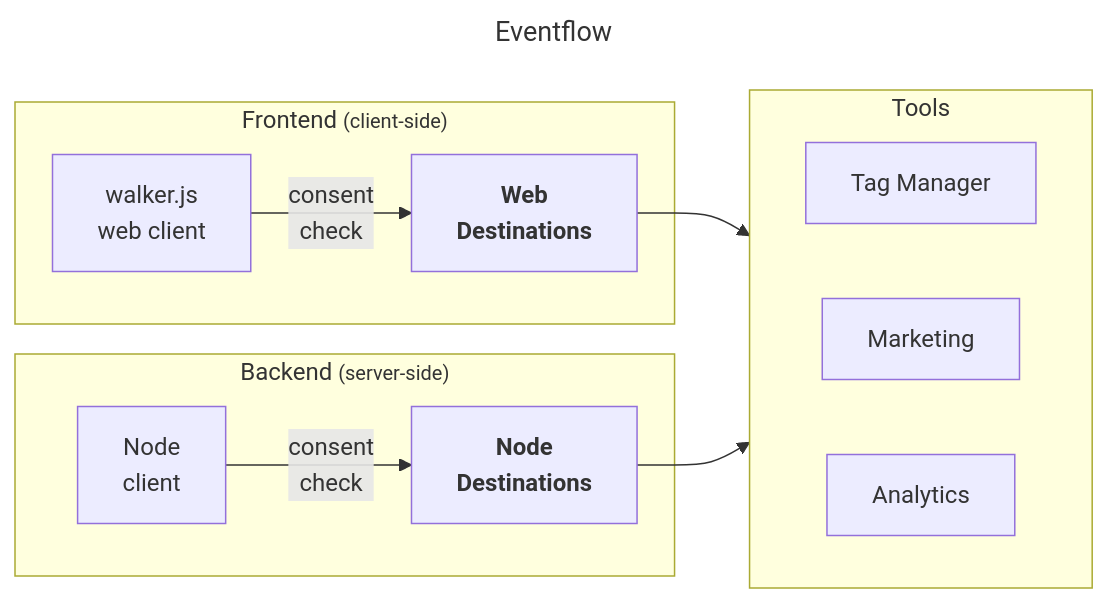
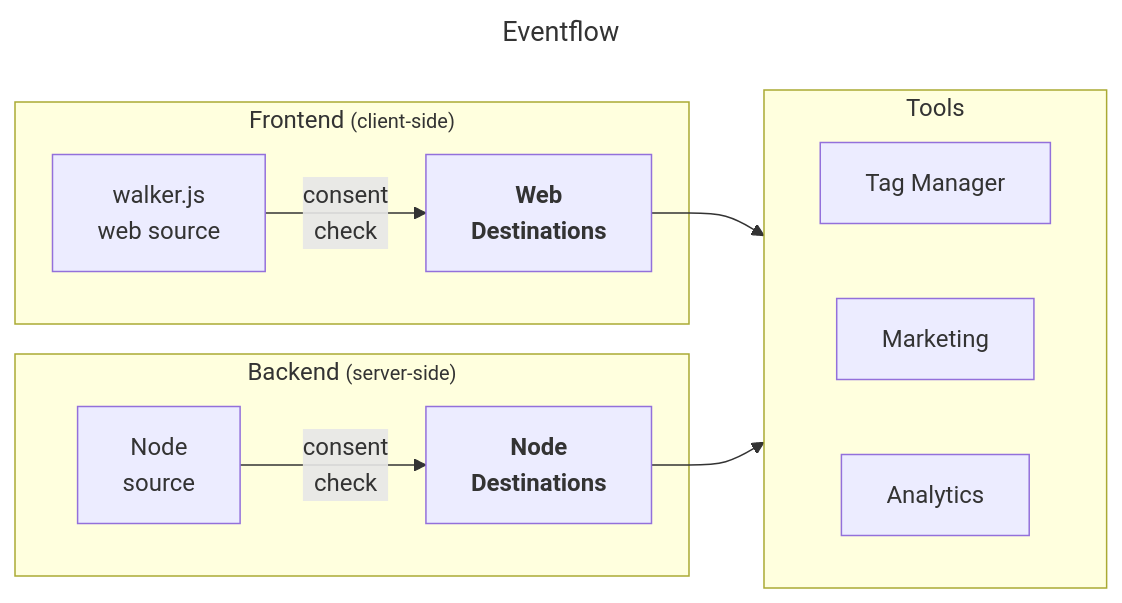
Before and after one commit to elbwalker/walkerOS: the diagram in website/docs/destinations/index.mdx, drawn with Mermaid. The commit also changed other lines of this file and 17 other files, not shown here.

Commit message:
client to source

````diff
--- a/website/docs/destinations/index.mdx
+++ b/website/docs/destinations/index.mdx
@@ -37,28 +37,28 @@
 ```mermaid
 ---
 title: Eventflow
 ---
 flowchart LR
   subgraph frontend["Frontend <small>(client-side)</small>"]
-    webC["walker.js<br>web client"]
+    webC["walker.js<br>web source"]
     webD["<b>Web<br>Destinations</b>"]
     webC -- consent<br>check --> webD
   end
   subgraph backend["Backend <small>(server-side)</small>"]
-    nodeC["Node<br>client"]
+    nodeC["Node<br>source"]
     nodeD["<b>Node<br>Destinations</b>"]
     nodeC -- consent<br>check --> nodeD
   end
   subgraph tools["Tools"]
     direction LR
     tag["Tag Manager"]
     marketing["Marketing"]
     analytics["Analytics"]
   end
 
   webD & nodeD --> tools
   click webC "/docs/sources/walkerjs/"
   click nodeC "/docs/sources/node/"
   click webD "/docs/destinations/web/"
   click nodeD "/docs/destinations/node/"
 ```
````
